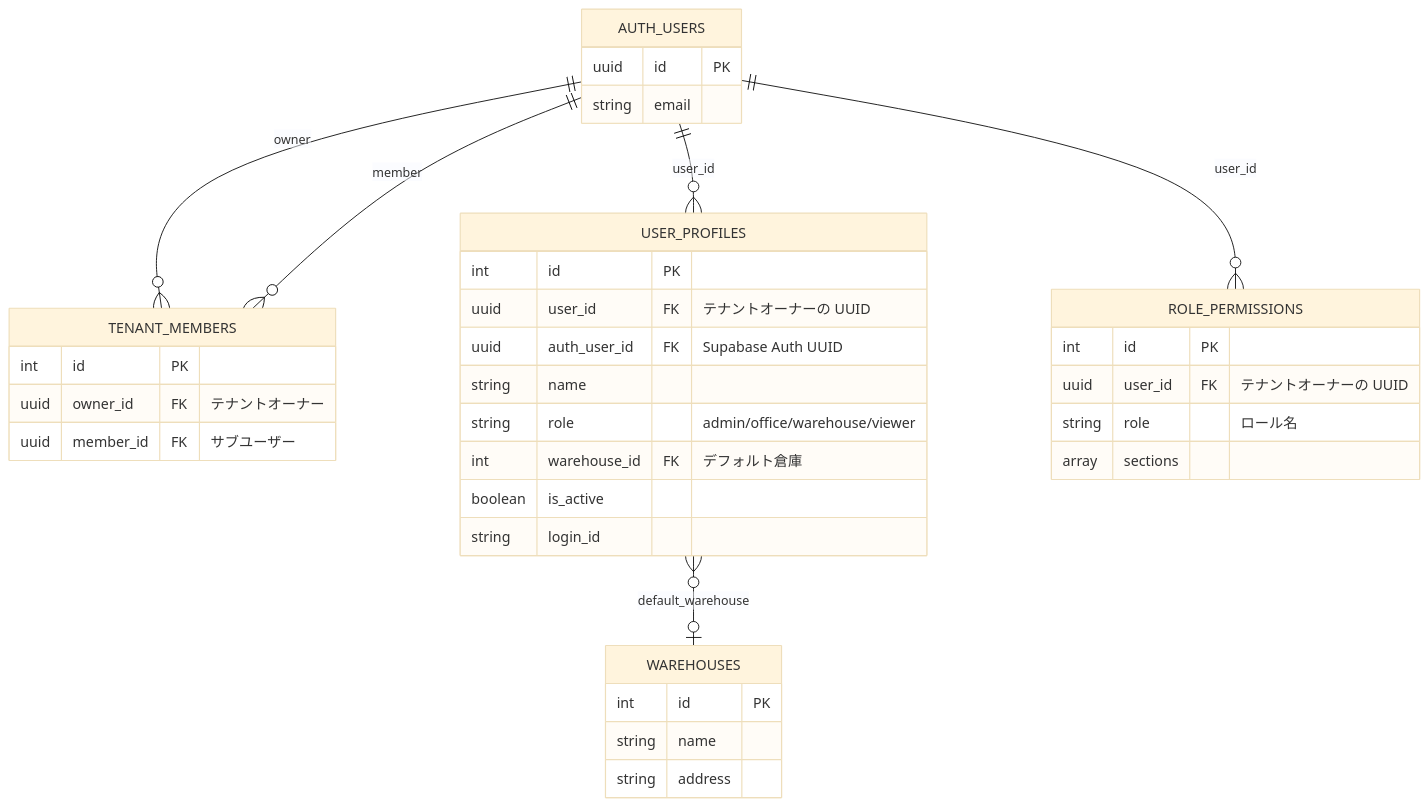
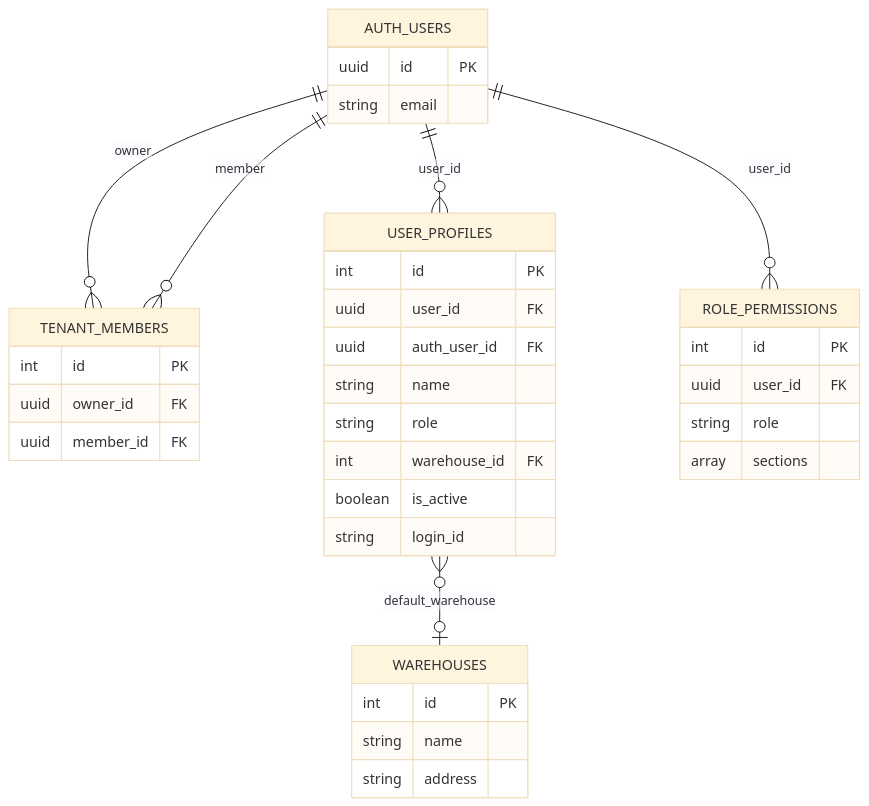
One commit to naoki3/order-assist changed the fifth of 5 diagrams in docs/er-diagram.md. Above: the diagram before and after it, drawn with Mermaid (base theme). The commit also changed other lines of this file, not shown here.

First line of the commit message:
docs: fix all Mermaid erDiagram parse errors

````diff
--- a/docs/er-diagram.md
+++ b/docs/er-diagram.md
@@ -536,44 +517,44 @@
 ```mermaid
 erDiagram
 
     AUTH_USERS {
         uuid id PK
         string email
     }
 
     TENANT_MEMBERS {
         int id PK
-        uuid owner_id FK "テナントオーナー"
-        uuid member_id FK "サブユーザー"
+        uuid owner_id FK
+        uuid member_id FK
     }
 
     USER_PROFILES {
         int id PK
-        uuid user_id FK "テナントオーナーの UUID"
-        uuid auth_user_id FK "Supabase Auth UUID"
+        uuid user_id FK
+        uuid auth_user_id FK
         string name
-        string role "admin/office/warehouse/viewer"
-        int warehouse_id FK "デフォルト倉庫"
+        string role
+        int warehouse_id FK
         boolean is_active
         string login_id
     }
 
     ROLE_PERMISSIONS {
         int id PK
-        uuid user_id FK "テナントオーナーの UUID"
-        string role "ロール名"
+        uuid user_id FK
+        string role
         array sections
     }
 
     WAREHOUSES {
         int id PK
         string name
         string address
     }
 
     AUTH_USERS ||--o{ TENANT_MEMBERS : "owner"
     AUTH_USERS ||--o{ TENANT_MEMBERS : "member"
     AUTH_USERS ||--o{ USER_PROFILES : "user_id"
     AUTH_USERS ||--o{ ROLE_PERMISSIONS : "user_id"
     USER_PROFILES }o--o| WAREHOUSES : "default_warehouse"
 ```
````
